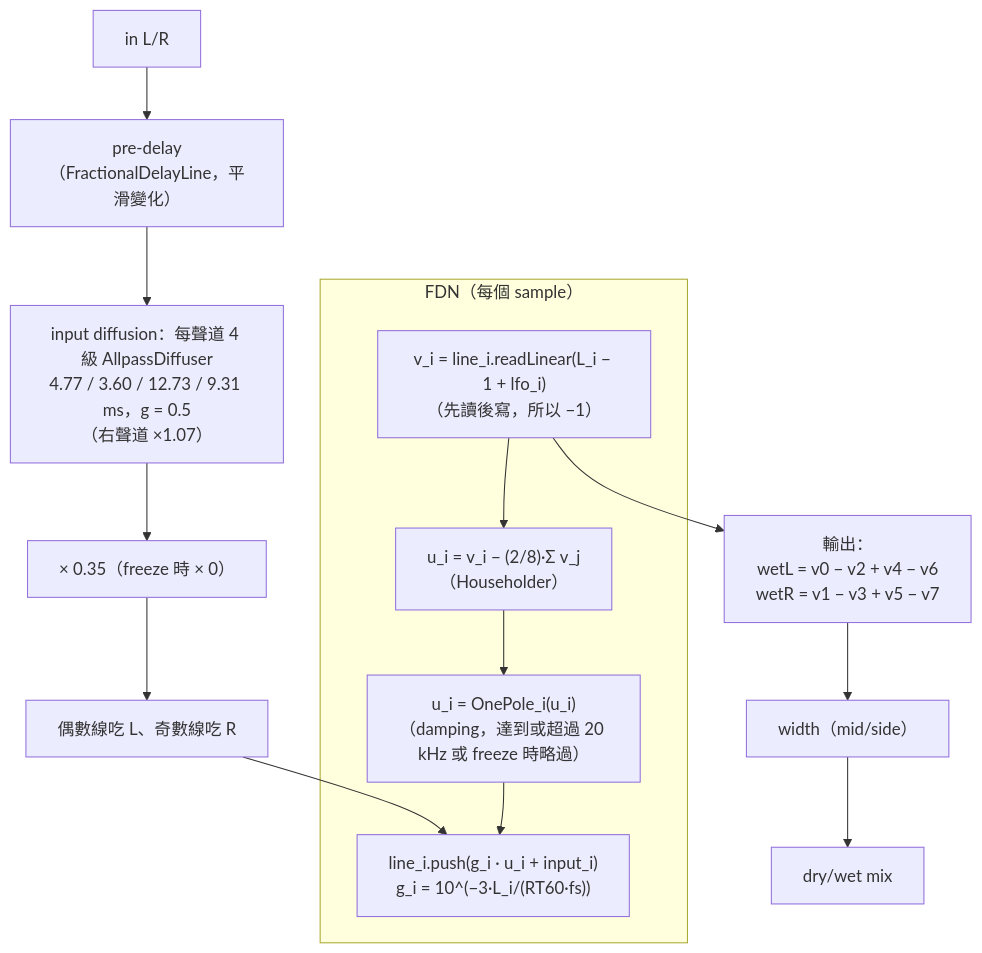
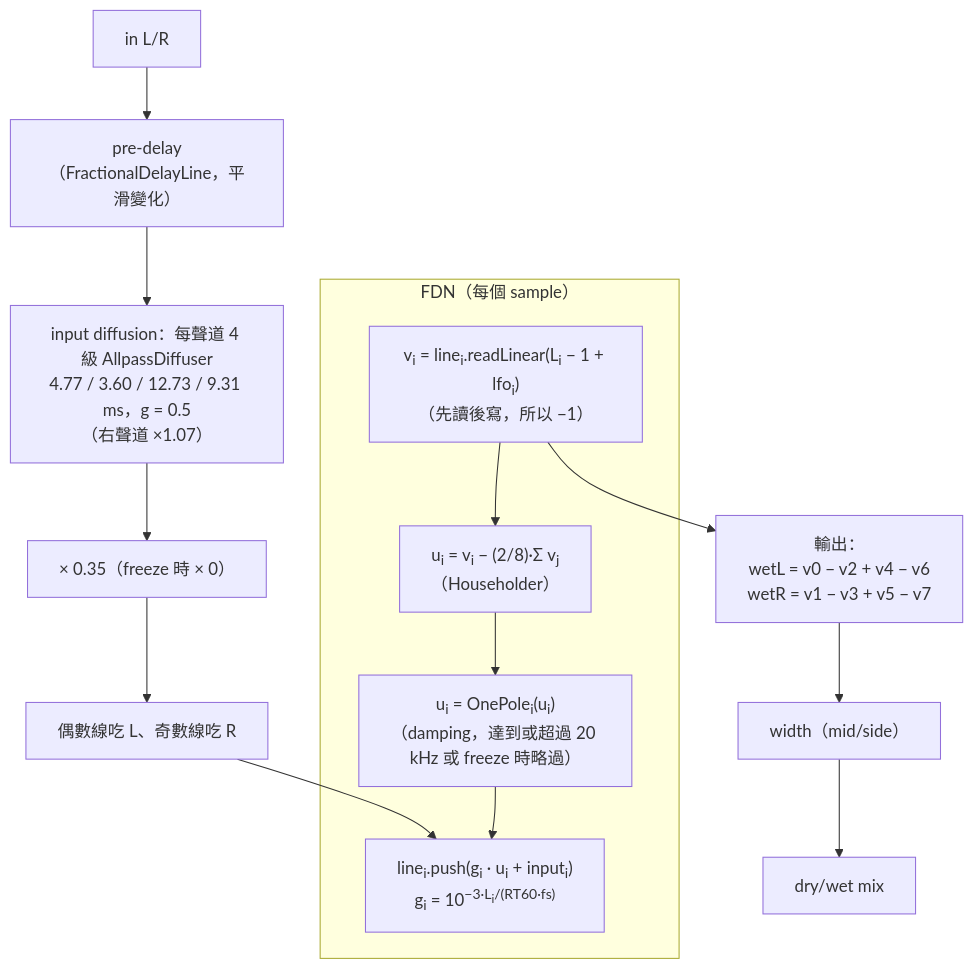
One commit to TomHsieh300/DAW-for-fun changed diagram 11 of 11 in lessons/12-reverb/README.zh-TW.md. Above: the diagram before and after it, drawn with Mermaid. The commit also changed other lines of this file and 19 other files, not shown here.

First line of the commit message:
lessons: typeset subscripts and superscripts in Mermaid labels

````diff
--- a/lessons/12-reverb/README.zh-TW.md
+++ b/lessons/12-reverb/README.zh-TW.md
@@ -579,17 +579,17 @@
 ```mermaid
 flowchart TD
     IN["in L/R"] --> PD["pre-delay<br/>（FractionalDelayLine，平滑變化）"]
     PD --> DF["input diffusion：每聲道 4 級 AllpassDiffuser<br/>4.77 / 3.60 / 12.73 / 9.31 ms，g = 0.5<br/>（右聲道 ×1.07）"]
     DF --> GN["× 0.35（freeze 時 × 0）"]
     GN --> RT["偶數線吃 L、奇數線吃 R"]
     subgraph FDN["FDN（每個 sample）"]
-        R1["v_i = line_i.readLinear(L_i − 1 + lfo_i)<br/>（先讀後寫，所以 −1）"]
-        R2["u_i = v_i − (2/8)·Σ v_j<br/>（Householder）"]
-        R3["u_i = OnePole_i(u_i)<br/>（damping，達到或超過 20 kHz 或 freeze 時略過）"]
-        R4["line_i.push(g_i · u_i + input_i)<br/>g_i = 10^(−3·L_i/(RT60·fs))"]
+        R1["v<sub>i</sub> = line<sub>i</sub>.readLinear(L<sub>i</sub> − 1 + lfo<sub>i</sub>)<br/>（先讀後寫，所以 −1）"]
+        R2["u<sub>i</sub> = v<sub>i</sub> − (2/8)·Σ v<sub>j</sub><br/>（Householder）"]
+        R3["u<sub>i</sub> = OnePole<sub>i</sub>(u<sub>i</sub>)<br/>（damping，達到或超過 20 kHz 或 freeze 時略過）"]
+        R4["line<sub>i</sub>.push(g<sub>i</sub> · u<sub>i</sub> + input<sub>i</sub>)<br/>g<sub>i</sub> = 10<sup>−3·L<sub>i</sub>/(RT60·fs)</sup>"]
         R1 --> R2 --> R3 --> R4
     end
     RT --> R4
     R1 --> OUT["輸出：<br/>wetL = v0 − v2 + v4 − v6<br/>wetR = v1 − v3 + v5 − v7"]
     OUT --> W["width（mid/side）"] --> MIX["dry/wet mix"]
 ```
````
